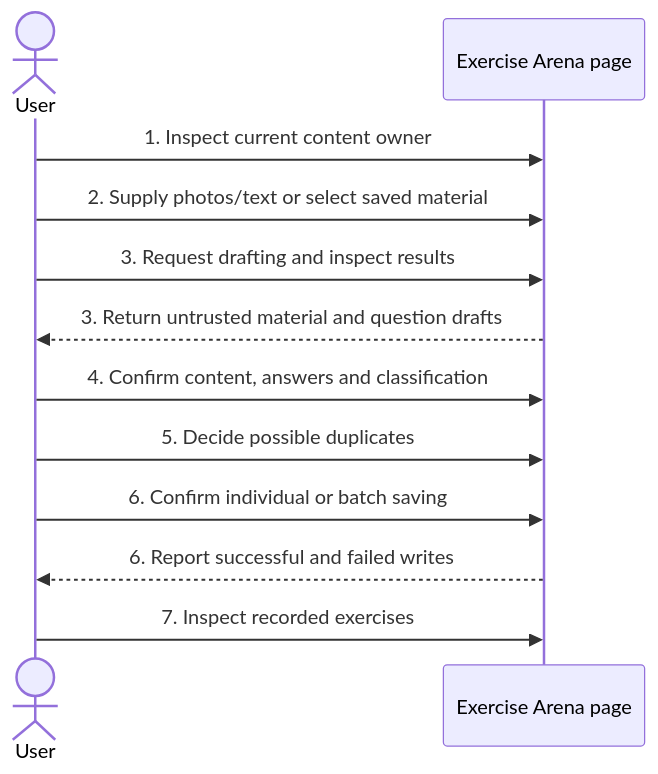
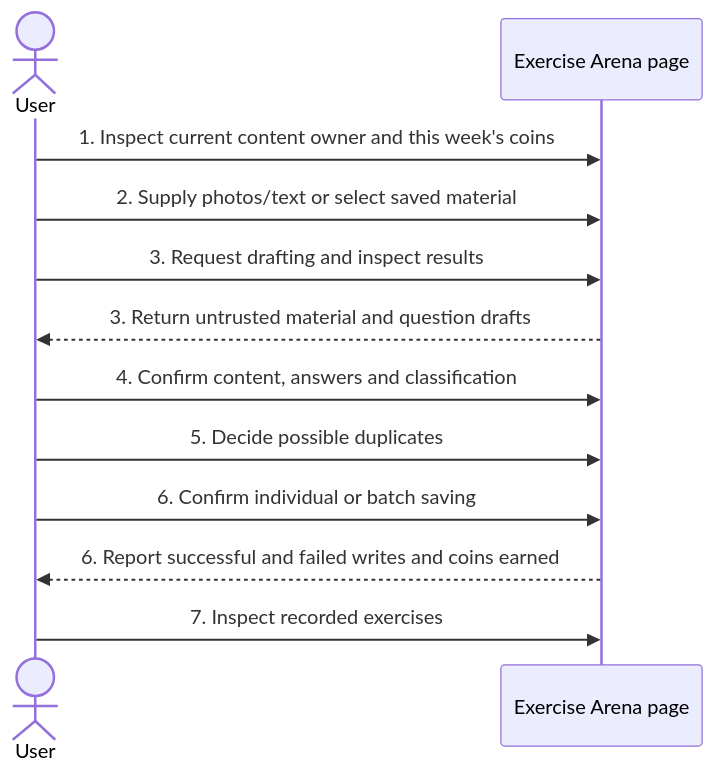
The diagram in journey/0001-record-a-wrong-exercise.md (lengthlong/exercise_arena), drawn with Mermaid before and after one commit. The commit also changed other lines of this file and 9 other files, not shown here.

````diff
--- a/journey/0001-record-a-wrong-exercise.md
+++ b/journey/0001-record-a-wrong-exercise.md
@@ -9,14 +9,14 @@
 ```mermaid
 sequenceDiagram
     actor U as User
     participant P as Exercise Arena page
-    U->>P: 1. Inspect current content owner
+    U->>P: 1. Inspect current content owner and this week's coins
     U->>P: 2. Supply photos/text or select saved material
     U->>P: 3. Request drafting and inspect results
     P-->>U: 3. Return untrusted material and question drafts
     U->>P: 4. Confirm content, answers and classification
     U->>P: 5. Decide possible duplicates
     U->>P: 6. Confirm individual or batch saving
-    P-->>U: 6. Report successful and failed writes
+    P-->>U: 6. Report successful and failed writes and coins earned
     U->>P: 7. Inspect recorded exercises
 ```
````
